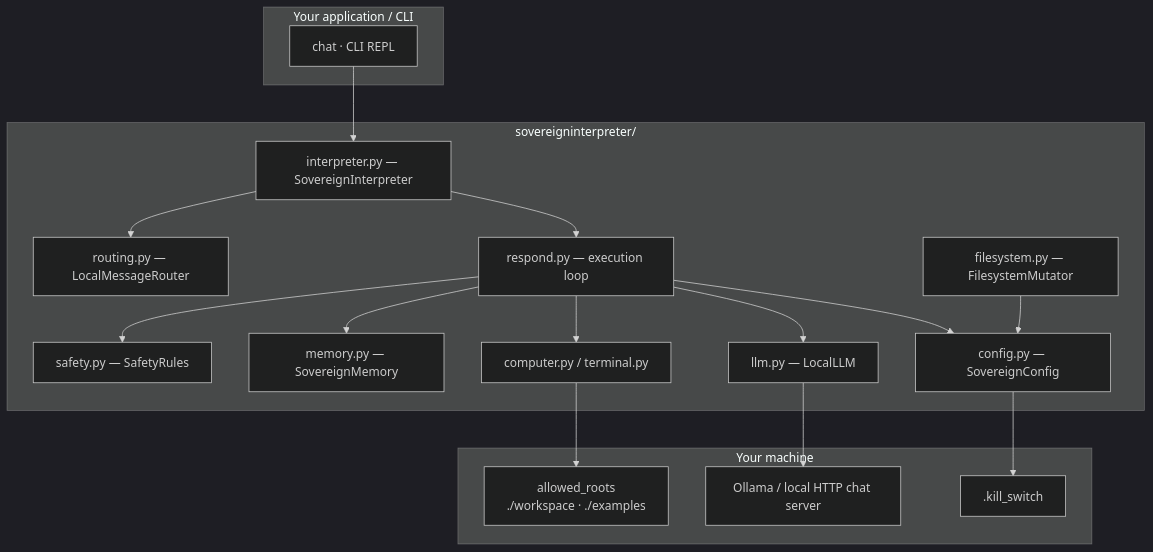
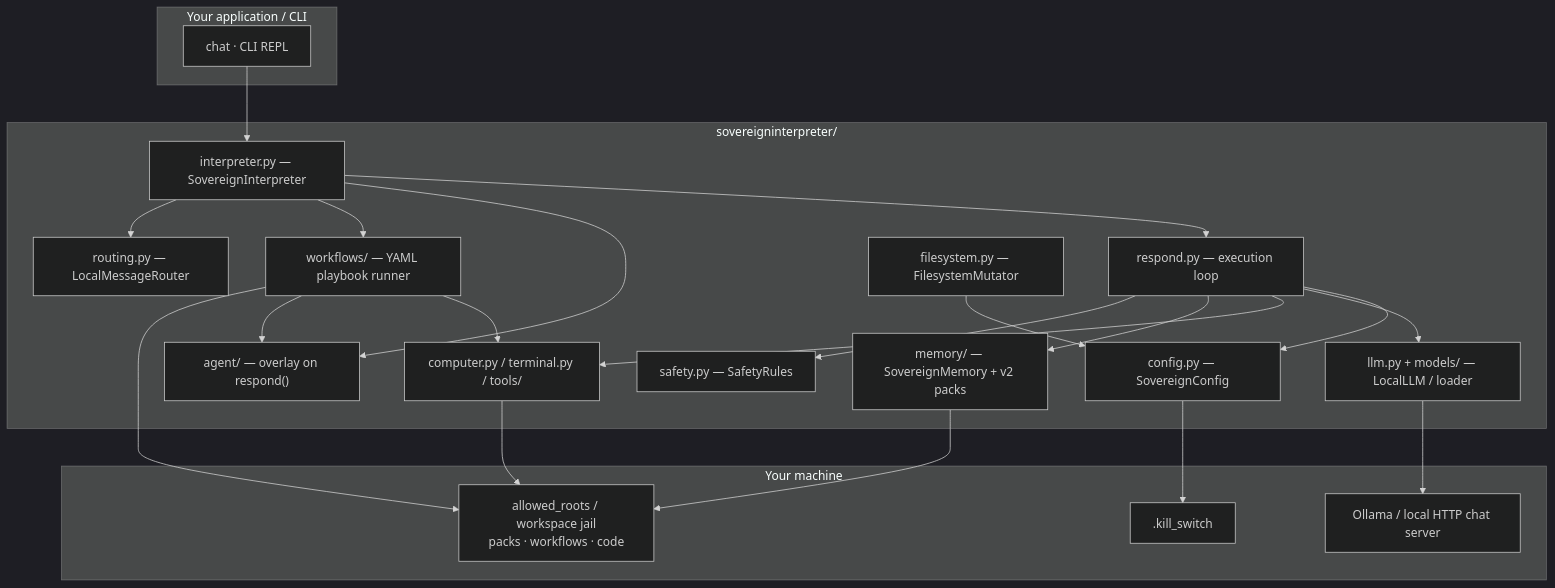
Before and after one commit to Flakiopai/SovereignInterpreter: the first of 2 diagrams in README.md, drawn with Mermaid (dark theme). The commit also changed other lines of this file and 37 other files, not shown here.

````diff
--- a/README.md
+++ b/README.md
@@ -127,37 +139,45 @@
 ```mermaid
 flowchart TB
   subgraph App["Your application / CLI"]
     API["chat · CLI REPL"]
   end
 
   subgraph Core["sovereigninterpreter/"]
     INT["interpreter.py — SovereignInterpreter"]
     RSP["respond.py — execution loop"]
     CFG["config.py — SovereignConfig"]
-    LLM["llm.py — LocalLLM"]
-    CMP["computer.py / terminal.py"]
-    MEM["memory.py — SovereignMemory"]
+    LLM["llm.py + models/ — LocalLLM / loader"]
+    CMP["computer.py / terminal.py / tools/"]
+    MEM["memory/ — SovereignMemory + v2 packs"]
+    AGT["agent/ — overlay on respond()"]
+    WFL["workflows/ — YAML playbook runner"]
     SAFE["safety.py — SafetyRules"]
     RTE["routing.py — LocalMessageRouter"]
     FS["filesystem.py — FilesystemMutator"]
   end
 
   subgraph Local["Your machine"]
     OLLAMA["Ollama / local HTTP chat server"]
-    DISK["allowed_roots<br/>./workspace · ./examples"]
+    DISK["allowed_roots / workspace jail<br/>packs · workflows · code"]
     KILL[".kill_switch"]
   end
 
   API --> INT
   INT --> RSP
+  INT --> AGT
+  INT --> WFL
   RSP --> CFG
   RSP --> LLM
   RSP --> CMP
   RSP --> MEM
   RSP --> SAFE
+  WFL --> CMP
+  WFL --> AGT
   INT --> RTE
   FS --> CFG
   LLM --> OLLAMA
   CMP --> DISK
+  MEM --> DISK
+  WFL --> DISK
   CFG --> KILL
 ```
````
